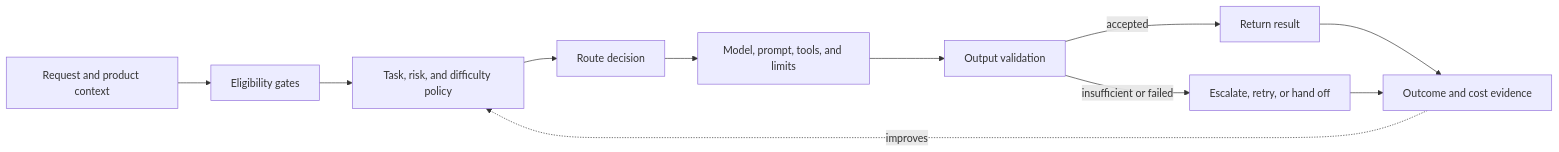
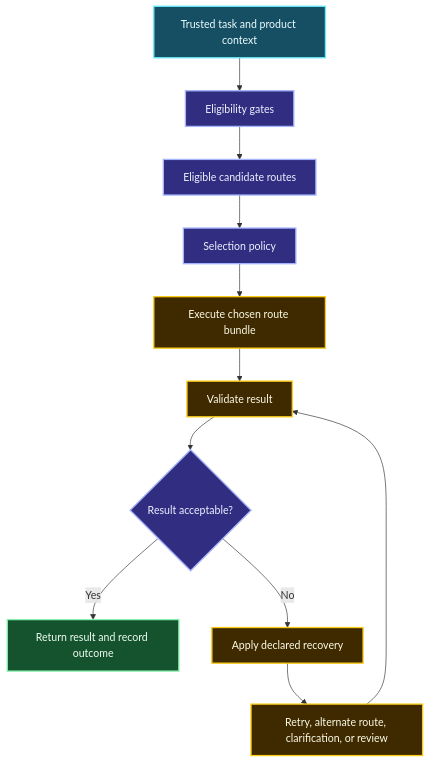
One commit to senlinyy/dev-roadmaps changed the first of 5 diagrams in roadmaps/mlops/modules/llmops/cost-and-deployment/01-model-routing.md. Above: the diagram before and after it, drawn with Mermaid. The commit also changed other lines of this file and 198 other files, not shown here.

````diff
--- a/roadmaps/mlops/modules/llmops/cost-and-deployment/01-model-routing.md
+++ b/roadmaps/mlops/modules/llmops/cost-and-deployment/01-model-routing.md
@@ -18,13 +79,20 @@
 ```mermaid
-flowchart LR
-    A[Request and product context] --> B[Eligibility gates]
-    B --> C[Task, risk, and difficulty policy]
-    C --> D[Route decision]
-    D --> E[Model, prompt, tools, and limits]
-    E --> F[Output validation]
-    F -->|accepted| G[Return result]
-    F -->|insufficient or failed| H[Escalate, retry, or hand off]
-    G --> I[Outcome and cost evidence]
-    H --> I
-    I -. improves .-> C
+flowchart TD
+    A["Trusted task and product context"] --> B["Eligibility gates"]
+    B --> C["Eligible candidate routes"]
+    C --> D["Selection policy"]
+    D --> E["Execute chosen route bundle"]
+    E --> F["Validate result"]
+    F --> G{"Result acceptable?"}
+    G -->|Yes| H["Return result and record outcome"]
+    G -->|No| I["Apply declared recovery"]
+    I --> J["Retry, alternate route, clarification, or review"]
+    J --> F
+
+    classDef input fill:#164E63,stroke:#67E8F9,color:#ECFEFF,stroke-width:2px; classDef decide fill:#312E81,stroke:#A5B4FC,color:#EEF2FF,stroke-width:2px;
+    classDef execute fill:#3F2A00,stroke:#FACC15,color:#FEFCE8,stroke-width:2px; classDef result fill:#14532D,stroke:#86EFAC,color:#F0FDF4,stroke-width:2px;
+    class A input;
+    class B,C,D,G decide;
+    class E,F,I,J execute;
+    class H result;
 ```
````
